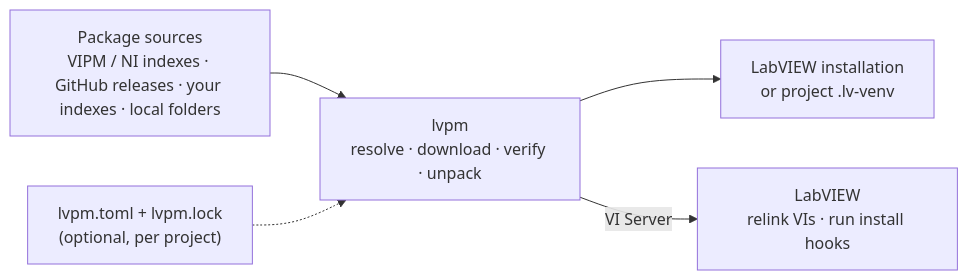
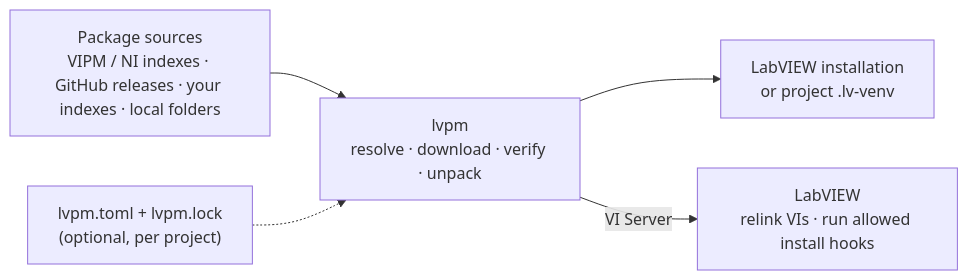
One commit to ThatsTheEnd/lvpm changed the diagram in README.md. Above: the diagram before and after it, drawn with Mermaid. The commit also changed other lines of this file and 55 other files, not shown here.

First line of the commit message:
feat(s12): install hooks off by default (#118)

````diff
--- a/README.md
+++ b/README.md
@@ -29,7 +30,7 @@
 ```mermaid
 flowchart LR
   S["Package sources<br/>VIPM / NI indexes · GitHub releases · your indexes · local folders"] --> L["lvpm<br/>resolve · download · verify · unpack"]
   P["lvpm.toml + lvpm.lock<br/>(optional, per project)"] -.-> L
   L --> T["LabVIEW installation<br/>or project .lv-venv"]
-  L -- "VI Server" --> LV["LabVIEW<br/>relink VIs · run install hooks"]
+  L -- "VI Server" --> LV["LabVIEW<br/>relink VIs · run allowed install hooks"]
 ```
````
